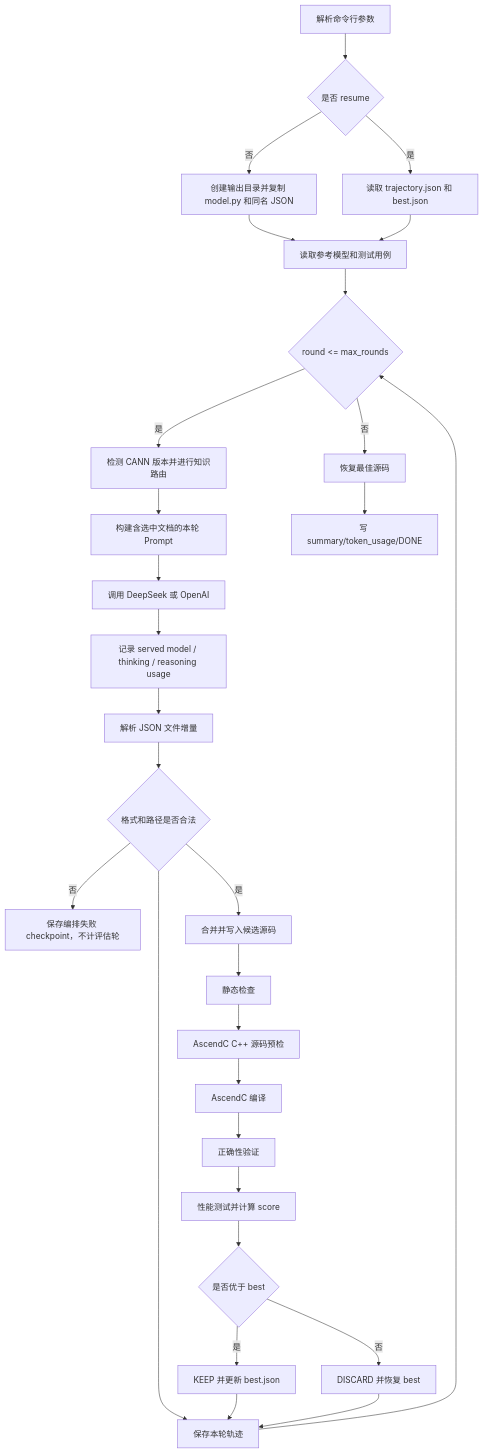
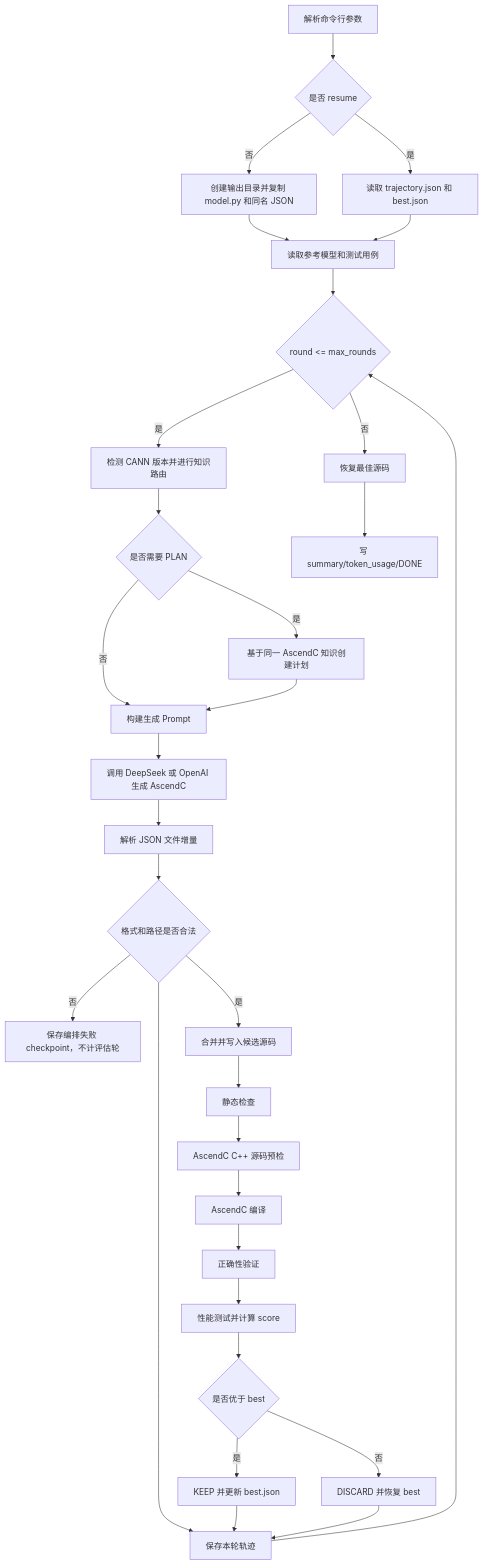
One commit to Bo1222/CannAgent changed the diagram in docs/non-claude-execution-analysis.md. Above: the diagram before and after it, drawn with Mermaid. The commit also changed other lines of this file and 15 other files, not shown here.

````diff
--- a/docs/non-claude-execution-analysis.md
+++ b/docs/non-claude-execution-analysis.md
@@ -46,31 +46,33 @@
 ```mermaid
 flowchart TD
     A[解析命令行参数] --> B{是否 resume}
     B -->|否| C[创建输出目录并复制 model.py 和同名 JSON]
     B -->|是| D[读取 trajectory.json 和 best.json]
     C --> E[读取参考模型和测试用例]
     D --> E
     E --> F{round <= max_rounds}
     F -->|是| G[检测 CANN 版本并进行知识路由]
-    G --> H[构建含选中文档的本轮 Prompt]
-    H --> I[调用 DeepSeek 或 OpenAI]
-    I --> J[记录 served model / thinking / reasoning usage]
+    G --> H{是否需要 PLAN}
+    H -->|是| H1[基于同一 AscendC 知识创建计划]
+    H -->|否| I[构建生成 Prompt]
+    H1 --> I
+    I --> J[调用 DeepSeek 或 OpenAI 生成 AscendC]
     J --> K0[解析 JSON 文件增量]
     K0 --> K{格式和路径是否合法}
     K -->|否| X[保存编排失败 checkpoint，不计评估轮]
     K -->|是| L[合并并写入候选源码]
     L --> M[静态检查]
     M --> M2[AscendC C++ 源码预检]
     M2 --> N[AscendC 编译]
     N --> O[正确性验证]
     O --> P[性能测试并计算 score]
     P --> Q{是否优于 best}
     Q -->|是| R[KEEP 并更新 best.json]
     Q -->|否| S[DISCARD 并恢复 best]
     K --> T[保存本轮轨迹]
     R --> T
     S --> T
     T --> F
     F -->|否| U[恢复最佳源码]
     U --> V[写 summary/token_usage/DONE]
 ```
````
